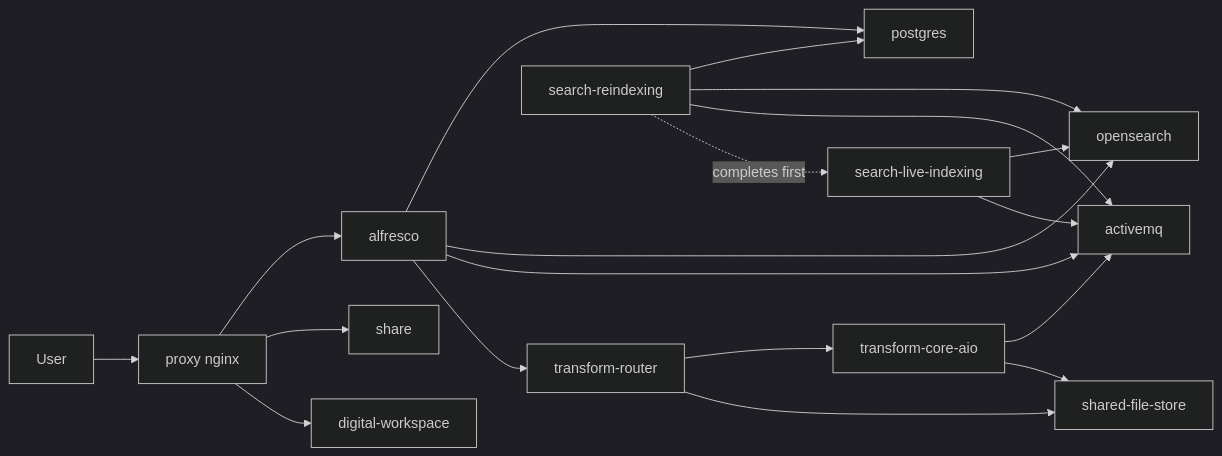
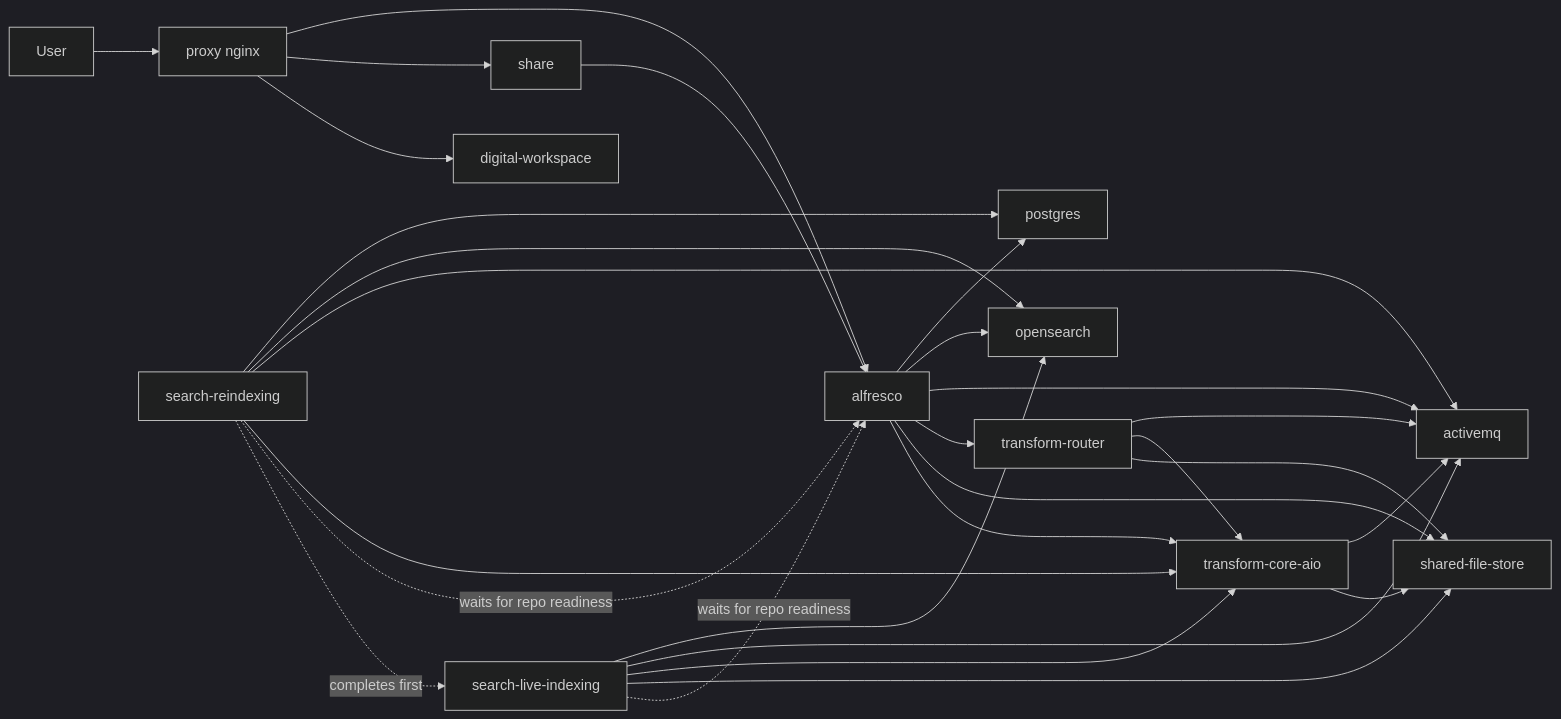
One commit to aborroy/alfresco-onprem-to-cloud-lab changed the seventh of 12 diagrams in README.md. Above: the diagram before and after it, drawn with Mermaid (dark theme). The commit also changed other lines of this file, not shown here.

Commit message:
Fix mermaid diagrams

````diff
--- a/README.md
+++ b/README.md
@@ -371,21 +396,30 @@
 ```mermaid
 flowchart LR
   user["User"] --> proxy["proxy nginx"]
   proxy --> repo["alfresco"]
   proxy --> share["share"]
   proxy --> adw["digital-workspace"]
+  share --> repo
   repo --> db["postgres"]
   repo --> os["opensearch"]
   repo --> mq["activemq"]
   repo --> tr["transform-router"]
+  repo --> sfs["shared-file-store"]
+  repo --> aio["transform-core-aio"]
+  tr --> mq
   tr --> aio["transform-core-aio"]
   tr --> sfs["shared-file-store"]
   aio --> mq
   aio --> sfs
   reidx["search-reindexing"] --> db
   reidx --> os
   reidx --> mq
+  reidx --> aio
   live["search-live-indexing"] --> os
   live --> mq
+  live --> aio
+  live --> sfs
+  reidx -. "waits for repo readiness" .-> repo
+  live -. "waits for repo readiness" .-> repo
   reidx -. "completes first" .-> live
 ```
````
